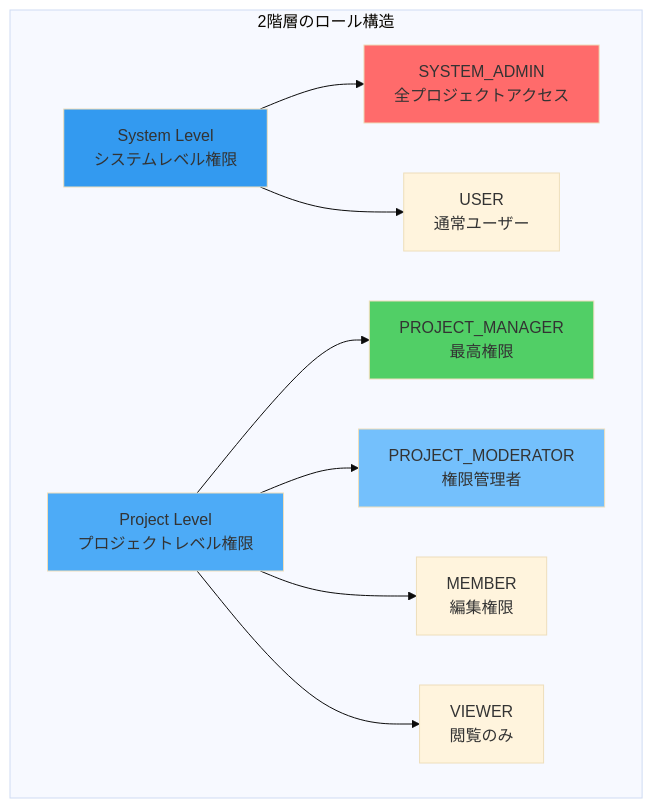
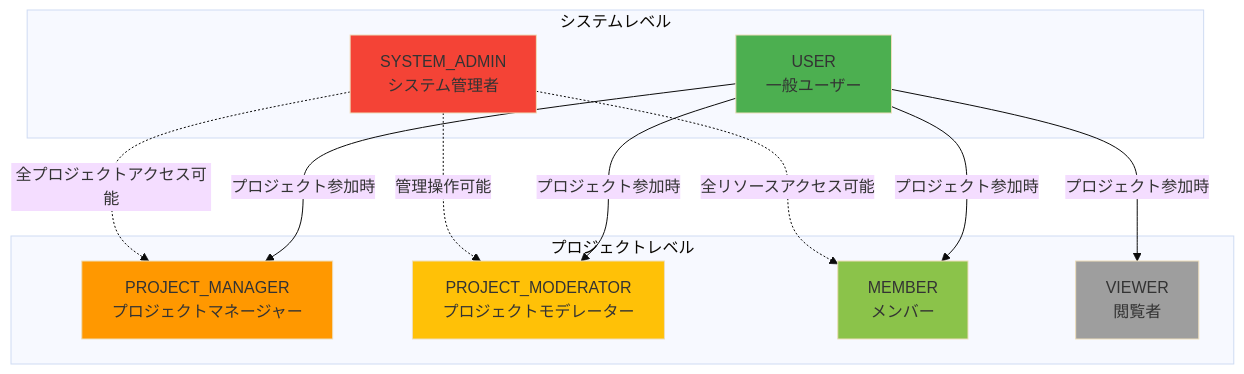
Before and after one commit to nomura-koshiro/genai-app-docs: the first of 11 diagrams in docs/specifications/03-security/01-rbac-design.md, drawn with Mermaid (base theme). The commit also changed other lines of this file and 35 other files, not shown here.

````diff
--- a/docs/specifications/03-security/01-rbac-design.md
+++ b/docs/specifications/03-security/01-rbac-design.md
@@ -52,21 +21,30 @@
 ```mermaid
 graph TB
-    subgraph "2階層のロール構造"
-        A[System Level<br/>システムレベル権限]
-        B[Project Level<br/>プロジェクトレベル権限]
-
-        A --> A1[SYSTEM_ADMIN<br/>全プロジェクトアクセス]
-        A --> A2[USER<br/>通常ユーザー]
-
-        B --> B1[PROJECT_MANAGER<br/>最高権限]
-        B --> B2[PROJECT_MODERATOR<br/>権限管理者]
-        B --> B3[MEMBER<br/>編集権限]
-        B --> B4[VIEWER<br/>閲覧のみ]
+    subgraph "システムレベル"
+        SystemAdmin[SYSTEM_ADMIN<br/>システム管理者]
+        User[USER<br/>一般ユーザー]
     end
 
-    style A fill:#339af0
-    style B fill:#4dabf7
-    style A1 fill:#ff6b6b
-    style B1 fill:#51cf66
-    style B2 fill:#74c0fc
+    subgraph "プロジェクトレベル"
+        PM[PROJECT_MANAGER<br/>プロジェクトマネージャー]
+        PMod[PROJECT_MODERATOR<br/>プロジェクトモデレーター]
+        Member[MEMBER<br/>メンバー]
+        Viewer[VIEWER<br/>閲覧者]
+    end
+
+    SystemAdmin -.->|全プロジェクトアクセス可能| PM
+    SystemAdmin -.->|管理操作可能| PMod
+    SystemAdmin -.->|全リソースアクセス可能| Member
+
+    User -->|プロジェクト参加時| PM
+    User -->|プロジェクト参加時| PMod
+    User -->|プロジェクト参加時| Member
+    User -->|プロジェクト参加時| Viewer
+
+    style SystemAdmin fill:#F44336
+    style User fill:#4CAF50
+    style PM fill:#FF9800
+    style PMod fill:#FFC107
+    style Member fill:#8BC34A
+    style Viewer fill:#9E9E9E
 ```
````
